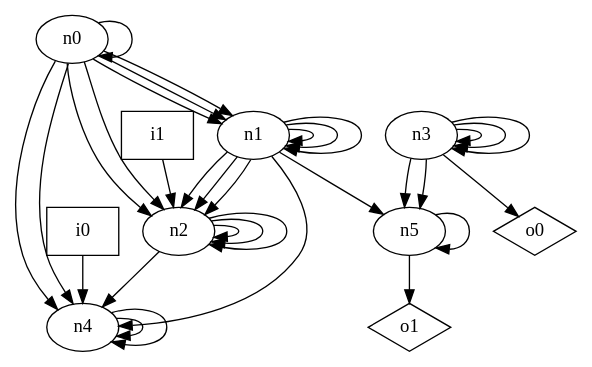
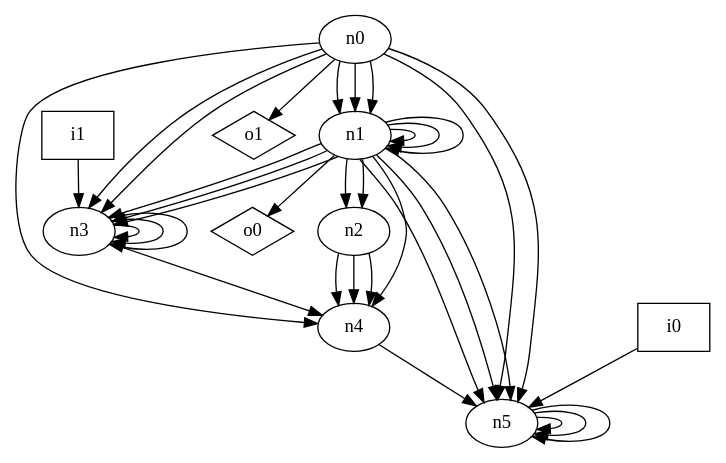
Before and after one commit to p9romain/bool-circuits: the diagram in dot_files/random/random_DAG_graph.dot, drawn with Graphviz. The commit also changed 53 other files, not shown here.

```diff
--- a/dot_files/random/random_DAG_graph.dot
+++ b/dot_files/random/random_DAG_graph.dot
@@ -1,44 +1,47 @@
 digraph G {
 n0 [label="n0"];
 n1 [label="n1"];
 n2 [label="n2"];
 n3 [label="n3"];
 n4 [label="n4"];
 n5 [label="n5"];
 n6 [label="i0",shape="box"];
 n7 [label="i1",shape="box"];
 n8 [label="o0",shape="diamond"];
 n9 [label="o1",shape="diamond"];
-n0 -> n0
 n0 -> n1
 n0 -> n1
 n0 -> n1
-n0 -> n2
-n0 -> n2
+n0 -> n3
+n0 -> n3
 n0 -> n4
-n0 -> n4
+n0 -> n5
+n0 -> n5
+n0 -> n9
 n1 -> n1
 n1 -> n1
 n1 -> n1
 n1 -> n2
 n1 -> n2
-n1 -> n2
+n1 -> n3
+n1 -> n3
+n1 -> n3
 n1 -> n4
 n1 -> n5
-n2 -> n2
-n2 -> n2
-n2 -> n2
+n1 -> n5
+n1 -> n5
+n1 -> n8
+n2 -> n4
+n2 -> n4
 n2 -> n4
 n3 -> n3
 n3 -> n3
 n3 -> n3
-n3 -> n5
-n3 -> n5
-n3 -> n8
-n4 -> n4
-n4 -> n4
+n3 -> n4
+n4 -> n5
 n5 -> n5
-n5 -> n9
-n6 -> n4
-n7 -> n2
+n5 -> n5
+n5 -> n5
+n6 -> n5
+n7 -> n3
 }
```
